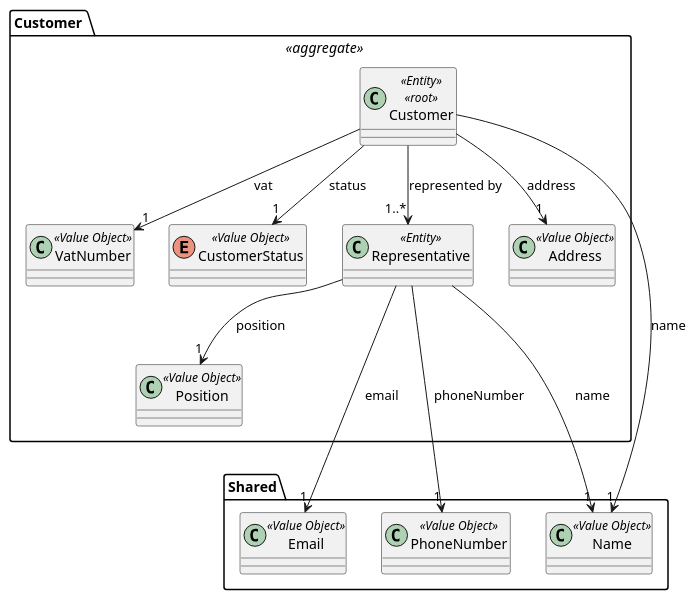
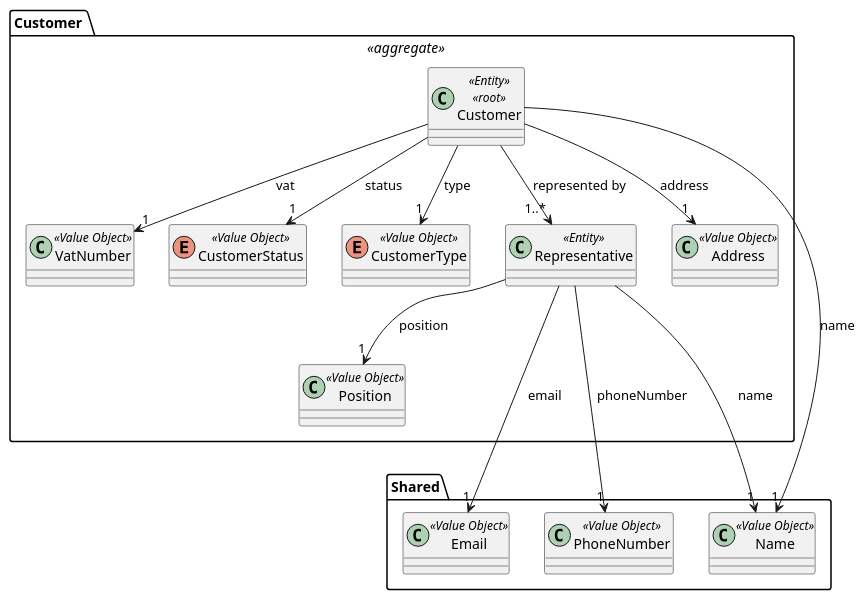
One commit to diogoveirospro/sem4pi-2024-2025-sem4pi_2024_2025_g44 changed the diagram in docs/global_artifacts/analysis/puml/domain_model_customer.puml. Above: the diagram before and after it, drawn with PlantUML. The commit also changed 3 other files, not shown here.

```diff
--- a/docs/global_artifacts/analysis/puml/domain_model_customer.puml
+++ b/docs/global_artifacts/analysis/puml/domain_model_customer.puml
@@ -1,53 +1,57 @@
 @startuml
 
 package "Customer " <<aggregate>> {
     class Customer <<Entity>> <<root>>{
     }
 
     class Representative <<Entity>>{
     }
 
     class Address <<Value Object>>{
     }
 
     class VatNumber <<Value Object>>{
     }
 
     enum CustomerStatus <<Value Object>>{
     }
 
+    enum CustomerType <<Value Object>>{
+    }
+
     class Position <<Value Object>>{
     }
 
     'Customer -> x
     Customer  --> "1..*" Representative : represented by
     Customer --> "1" VatNumber : vat
     Customer --> "1" Address : address
     Customer --> "1" CustomerStatus : status
+    Customer --> "1" CustomerType : type
 
     'Representative -> x
     Representative --> "1" Position : position
 
 }
 
 package Shared {
 
     class Name <<Value Object>>{
     }
 
     class Email <<Value Object>>{
     }
 
     class PhoneNumber <<Value Object>>{
     }
 
     'Customer -> x
     Customer ----> "1" Name : name
 
     'Representative -> x
     Representative --> "1" Name : name
     Representative --> "1" Email : email
     Representative --> "1" PhoneNumber : phoneNumber
 }
 
 @enduml
```
